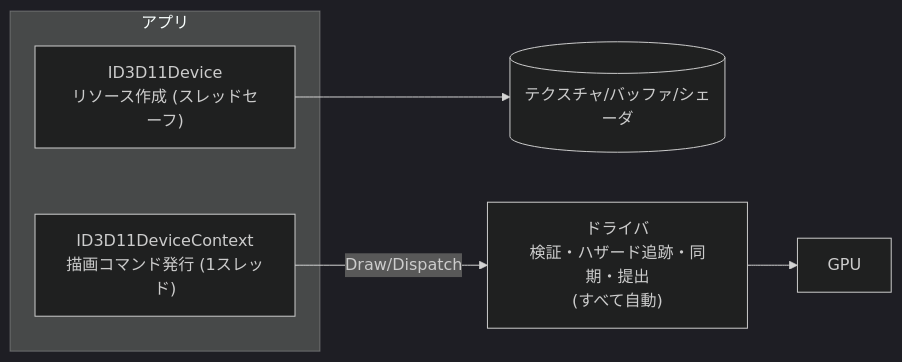
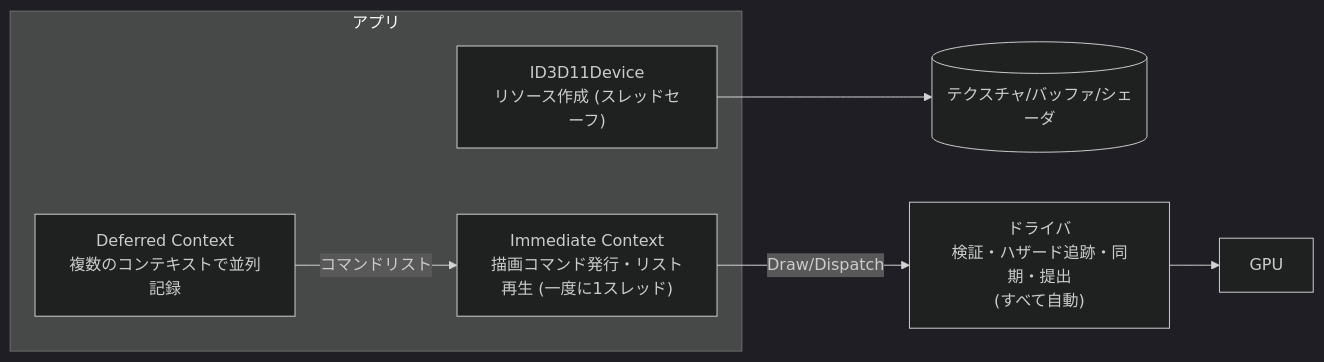
One commit to sny0/sny0.github.io changed the diagram in study/docs/graphics/api/directx11.md. Above: the diagram before and after it, drawn with Mermaid (dark theme). The commit also changed other lines of this file and 427 other files, not shown here.

````diff
--- a/study/docs/graphics/api/directx11.md
+++ b/study/docs/graphics/api/directx11.md
@@ -51,10 +51,12 @@
 ```mermaid
 flowchart LR
     subgraph アプリ
         DEV["ID3D11Device<br/>リソース作成 (スレッドセーフ)"]
-        CTX["ID3D11DeviceContext<br/>描画コマンド発行 (1スレッド)"]
+        CTX["Immediate Context<br/>描画コマンド発行・リスト再生 (一度に1スレッド)"]
+        DEF["Deferred Context<br/>複数のコンテキストで並列記録"]
     end
     DEV --> RES[(テクスチャ/バッファ/シェーダ)]
+    DEF -->|コマンドリスト| CTX
     CTX -->|Draw/Dispatch| DRV["ドライバ<br/>検証・ハザード追跡・同期・提出<br/>(すべて自動)"]
     DRV --> GPU[GPU]
 ```
````
